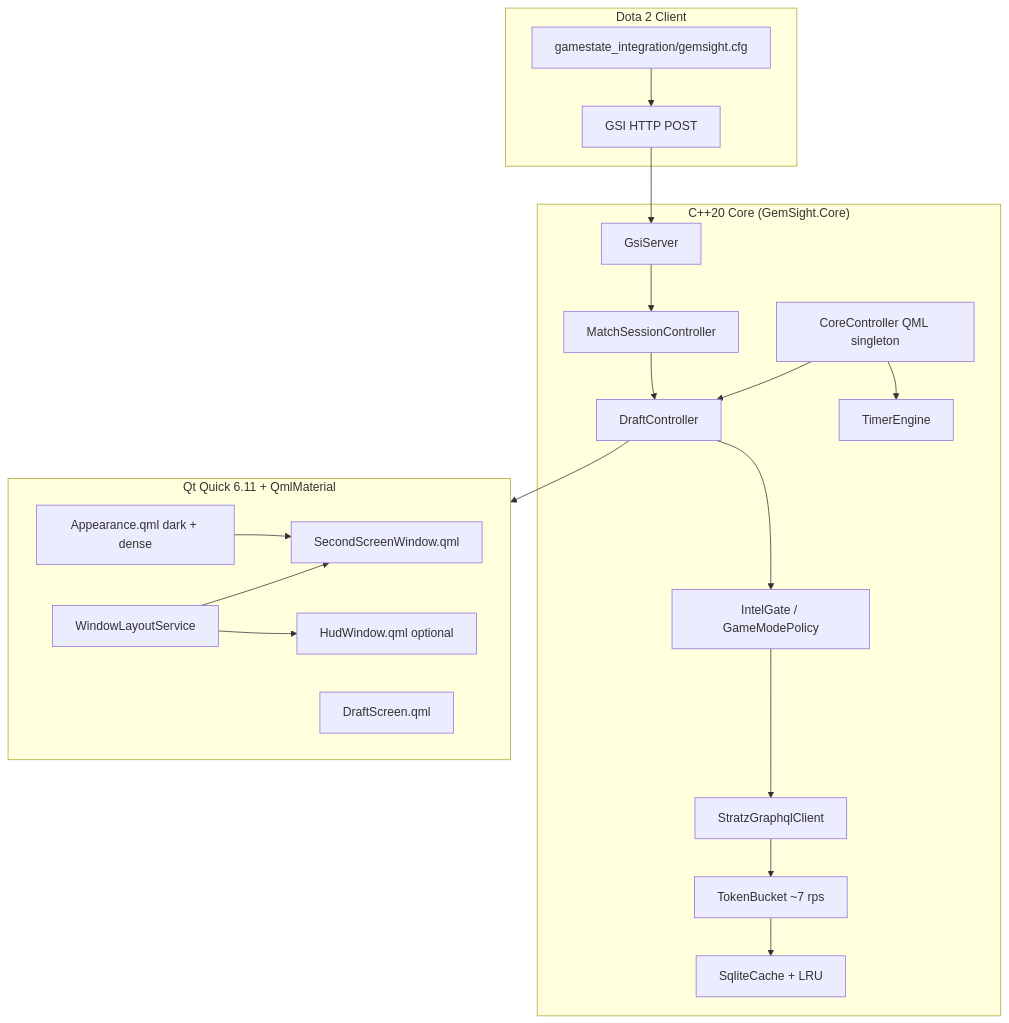
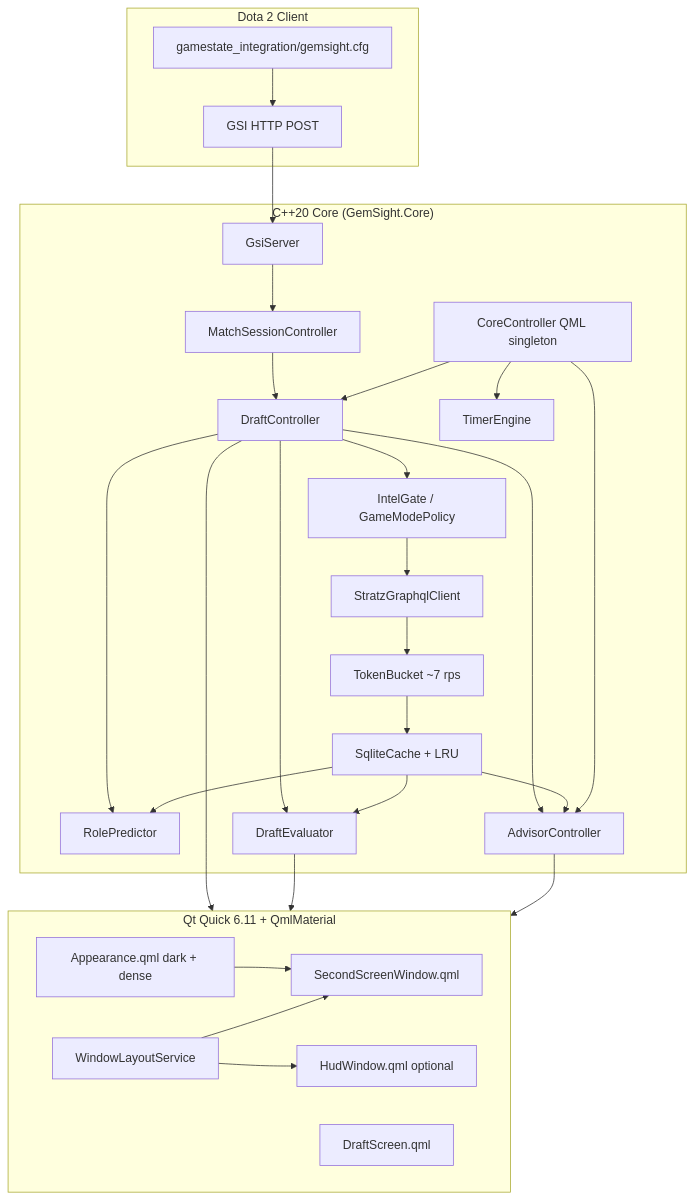
One commit to BadKiko/GemSight changed the fifth of 5 diagrams in docs/ARCHITECTURE.md. Above: the diagram before and after it, drawn with Mermaid. The commit also changed other lines of this file, not shown here.

Commit message:
docs: architecture v2.2 — RolePredictor, DraftEvaluator, mastery advisor

````diff
--- a/docs/ARCHITECTURE.md
+++ b/docs/ARCHITECTURE.md
@@ -221,40 +371,52 @@
 ```mermaid
 flowchart TB
   subgraph Dota2["Dota 2 Client"]
     CFG["gamestate_integration/gemsight.cfg"]
     POST["GSI HTTP POST"]
   end
 
   subgraph Core["C++20 Core (GemSight.Core)"]
     Facade["CoreController QML singleton"]
     GSI["GsiServer"]
     Session["MatchSessionController"]
     Draft["DraftController"]
+    RP["RolePredictor"]
+    DE["DraftEvaluator"]
+    Adv["AdvisorController"]
     Gate["IntelGate / GameModePolicy"]
     Stratz["StratzGraphqlClient"]
     Cache["SqliteCache + LRU"]
     Rate["TokenBucket ~7 rps"]
     Timers["TimerEngine"]
   end
 
   subgraph UI["Qt Quick 6.11 + QmlMaterial"]
     App["SecondScreenWindow.qml"]
     HUD["HudWindow.qml optional"]
     DraftUI["DraftScreen.qml"]
     Theme["Appearance.qml dark + dense"]
     Layout["WindowLayoutService"]
   end
 
   CFG --> POST --> GSI
   GSI --> Session
   Session --> Draft
   Draft --> Gate
+  Draft --> RP
+  Draft --> DE
+  Draft --> Adv
   Gate --> Stratz
   Stratz --> Rate --> Cache
+  Cache --> RP
+  Cache --> DE
+  Cache --> Adv
   Facade --> Draft
+  Facade --> Adv
   Facade --> Timers
   Draft --> UI
+  DE --> UI
+  Adv --> UI
   Theme --> App
   Layout --> App
   Layout --> HUD
 ```
````
